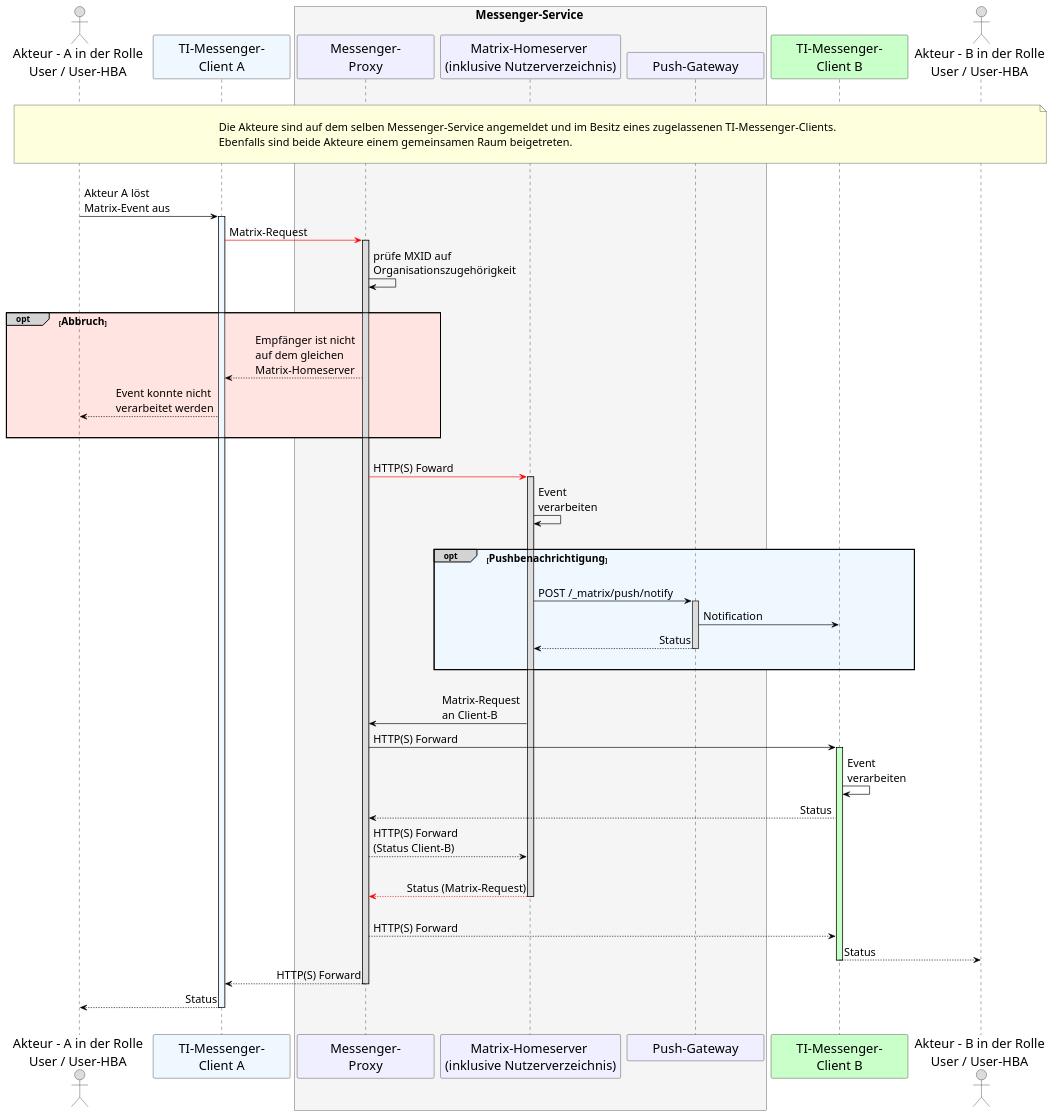
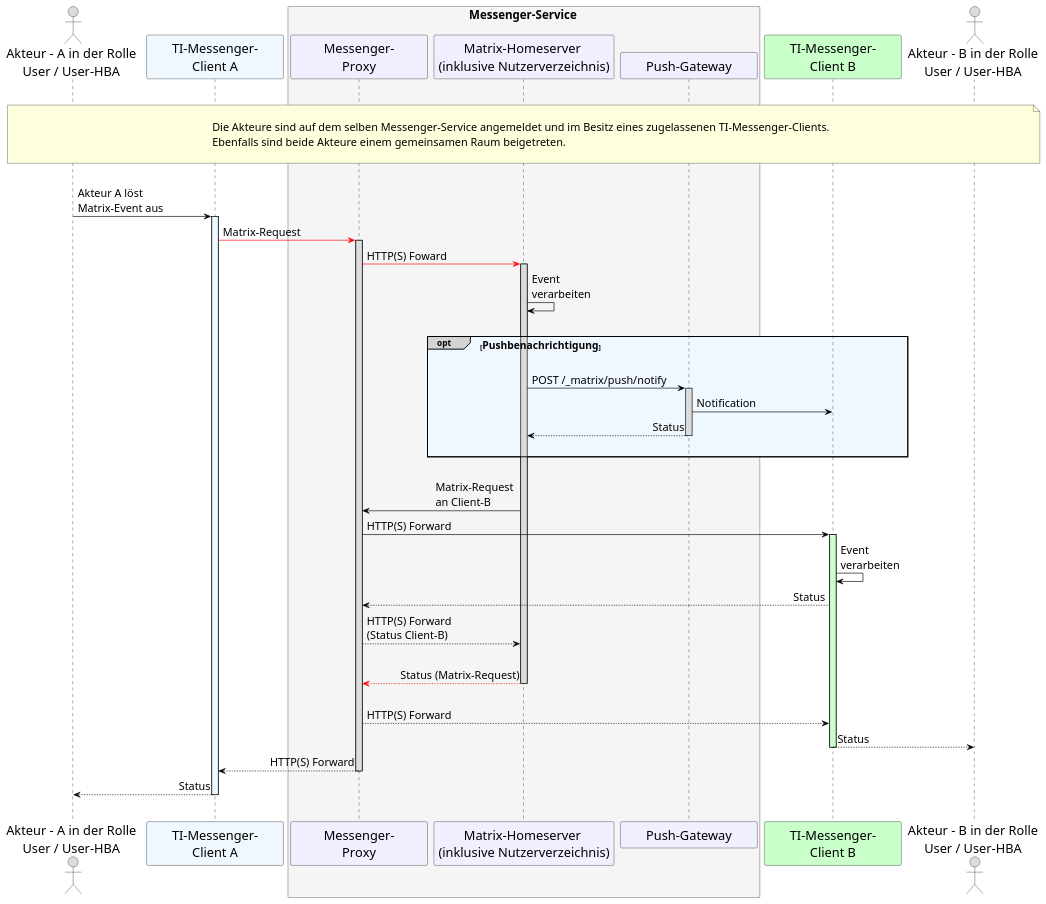
Before and after one commit to gematik/api-ti-messenger: the diagram in src/plantuml/TI-Messenger-Dienst/Ressourcen/UC_10063_Seq.puml, drawn with PlantUML. The commit also changed other lines of this file, not shown here.

```diff
--- a/src/plantuml/TI-Messenger-Dienst/Ressourcen/UC_10063_Seq.puml
+++ b/src/plantuml/TI-Messenger-Dienst/Ressourcen/UC_10063_Seq.puml
@@ -9,90 +9,81 @@
 @startuml
 skinparam sequenceMessageAlign direction
 skinparam minClassWidth 200
 skinparam BoxPadding 1
 skinparam sequenceReferenceHeaderBackgroundColor palegreen
 scale max 2048 width
 
 skinparam sequence {
 ArrowColor black
 ArrowFontSize 17
 ActorBorderColor black
 LifeLineBorderColor black
 LifeLineBackgroundColor Gainsboro
 
 ParticipantBorderColor Motivation
 ParticipantBackgroundColor Motivation
 ParticipantFontName Impact
 ParticipantFontSize 20
 ParticipantFontColor black
 ParticipantBorderColor Black
 ParticipantBackgroundColor MOTIVATION
 
 ActorBackgroundColor Gainsboro
 ActorFontColor black
 ActorFontSize 20
 ActorFontName Aapex
 }
     actor U1 as "Akteur - A in der Rolle\nUser / User-HBA"
     participant C1 as "TI-Messenger-\nClient A" #AliceBlue
     box <size:18>Messenger-Service</size> #WhiteSmoke
       participant MP as "Messenger-\nProxy"
       participant MH as "Matrix-Homeserver \n(inklusive Nutzerverzeichnis)"
       participant PG as "Push-Gateway"
     end box
     participant C2 as "TI-Messenger-\nClient B" #TECHNOLOGY
     actor U2 as "Akteur - B in der Rolle\nUser / User-HBA"
     
 |||
 note over U1, U2: \n<size:17>Die Akteure sind auf dem selben Messenger-Service angemeldet und im Besitz eines zugelassenen TI-Messenger-Clients.</size>\n<size:17>Ebenfalls sind beide Akteure einem gemeinsamen Raum beigetreten.</size>\n
 |||
 
     U1->C1: Akteur A löst \nMatrix-Event aus
       activate C1 #AliceBlue
     C1-[#red]>MP: Matrix-Request
       activate MP
-    MP->MP: prüfe MXID auf \nOrganisationszugehörigkeit
-    
-    |||
-    opt#LightGrey #MistyRose <size:16>Abbruch</size>
-      MP-->C1: Empfänger ist nicht \nauf dem gleichen \nMatrix-Homeserver
-      C1-->U1: Event konnte nicht \nverarbeitet werden
-    |||
-    end
-    
-    |||
+
     MP-[#red]>MH: HTTP(S) Foward
       activate MH
     MH->MH: Event \nverarbeiten
     
     |||
     opt#LightGrey #AliceBlue <size:16>Pushbenachrichtigung</size>
     |||
     MH->PG: POST /_matrix/push/notify
       activate PG
     PG->C2: Notification
     PG-->MH: Status
       deactivate PG
     |||
     end
     
     |||
     MH->MP: Matrix-Request \nan Client-B
     MP->C2: HTTP(S) Forward
       activate C2 #TECHNOLOGY
     C2->C2: Event \nverarbeiten
     C2-->MP: Status
     MP-->MH: HTTP(S) Forward \n(Status Client-B)
     |||
     MH-[#red]->MP: Status (Matrix-Request)
       deactivate MH
     |||
     MP-->C2: HTTP(S) Forward
     C2-->U2: Status
       deactivate C2
     MP-->C1: HTTP(S) Forward
       deactivate MP
     C1-->U1: Status
       deactivate C1
 |||
 @enduml
```
